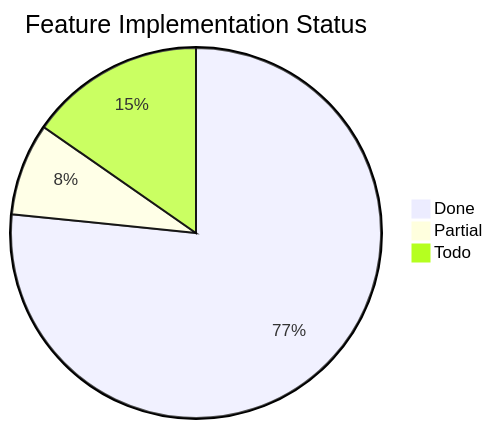
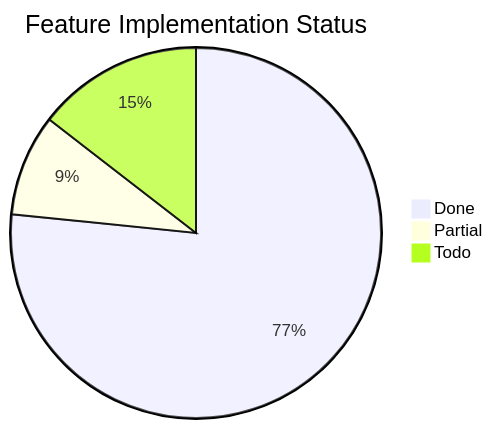
The third of 3 diagrams in docs/word-features.md (Papyrine/Morph), drawn with Mermaid before and after one commit. The commit also changed other lines of this file and 2 other files, not shown here.

````diff
--- a/docs/word-features.md
+++ b/docs/word-features.md
@@ -1898,6 +1902,6 @@
 ```mermaid
 pie title Feature Implementation Status
     "Done" : 95
-    "Partial" : 10
-    "Todo" : 19
+    "Partial" : 11
+    "Todo" : 18
 ```
````
